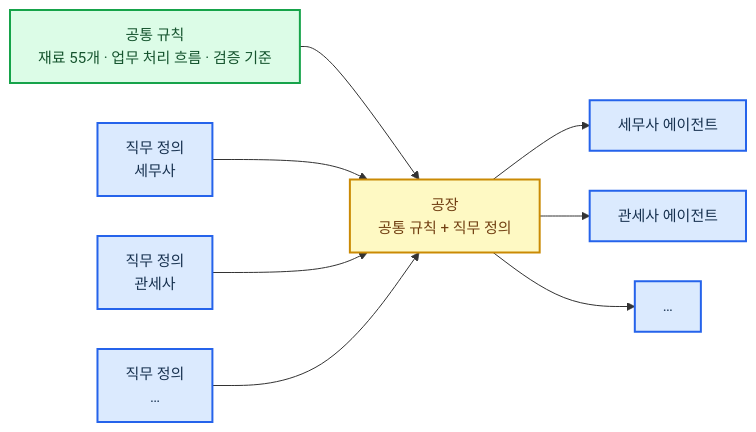
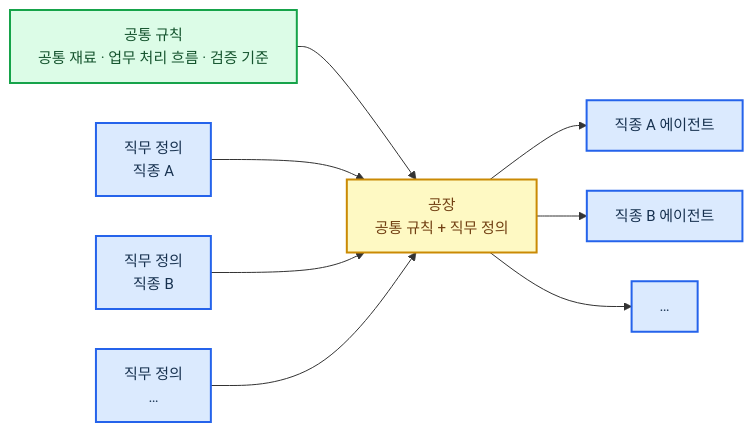
One commit to harisbaguette/expert changed the first of 2 diagrams in 진행-계획.md. Above: the diagram before and after it, drawn with Mermaid. The commit also changed other lines of this file, not shown here.

````diff
--- a/진행-계획.md
+++ b/진행-계획.md
@@ -46,22 +35,22 @@
 ```mermaid
 %%{init: {"flowchart": {"wrappingWidth": 640, "curve": "basis", "nodeSpacing": 40, "rankSpacing": 50, "padding": 14, "useMaxWidth": true}, "themeVariables": {"fontSize": "15px"}} }%%
 flowchart LR
-    R["공통 규칙<br/>재료 55개 · 업무 처리 흐름 · 검증 기준"]:::done
-    J1["직무 정의<br/>세무사"]:::todo
-    J2["직무 정의<br/>관세사"]:::todo
+    R["공통 규칙<br/>공통 재료 · 업무 처리 흐름 · 검증 기준"]:::done
+    J1["직무 정의<br/>직종 A"]:::todo
+    J2["직무 정의<br/>직종 B"]:::todo
     J3["직무 정의<br/>…"]:::todo
     F["공장<br/>공통 규칙 + 직무 정의"]:::half
-    E1["세무사 에이전트"]:::todo
-    E2["관세사 에이전트"]:::todo
+    E1["직종 A 에이전트"]:::todo
+    E2["직종 B 에이전트"]:::todo
     E3["…"]:::todo
     R --> F
     J1 --> F
     J2 --> F
     J3 --> F
     F --> E1
     F --> E2
     F --> E3
     classDef done fill:#dcfce7,stroke:#16a34a,stroke-width:2px,color:#14532d
     classDef half fill:#fef9c3,stroke:#ca8a04,stroke-width:2px,color:#713f12
     classDef todo fill:#dbeafe,stroke:#2563eb,stroke-width:2px,color:#17314f
 ```
````
